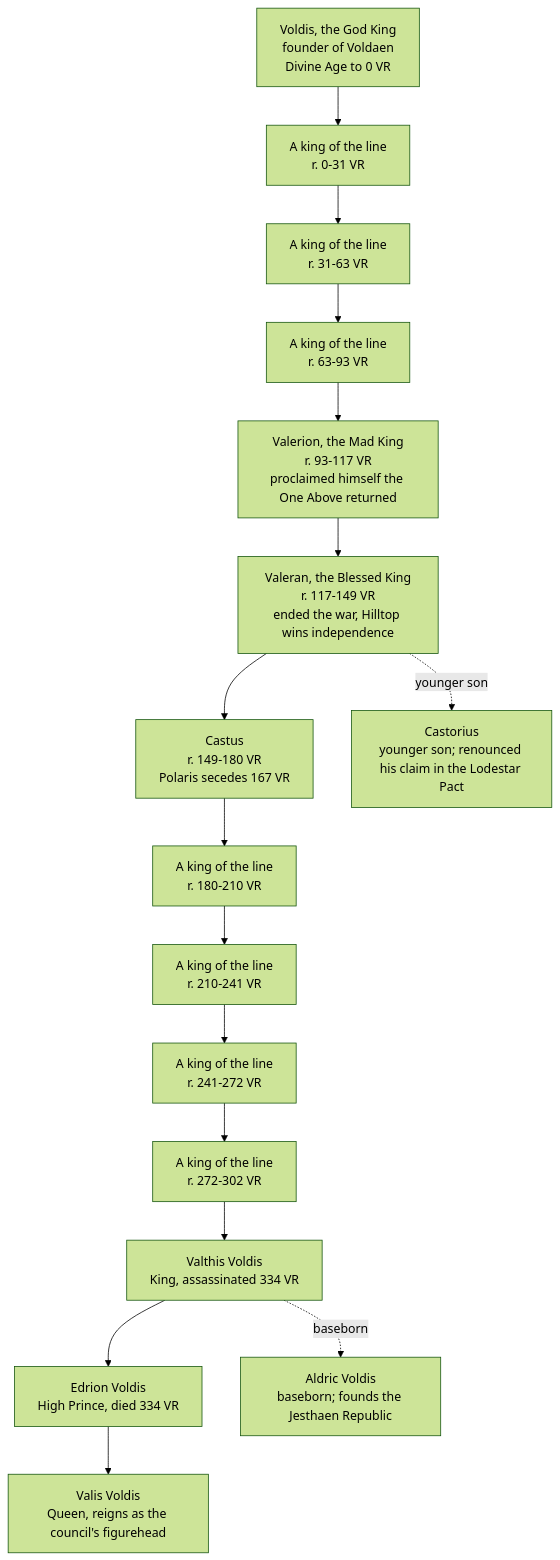
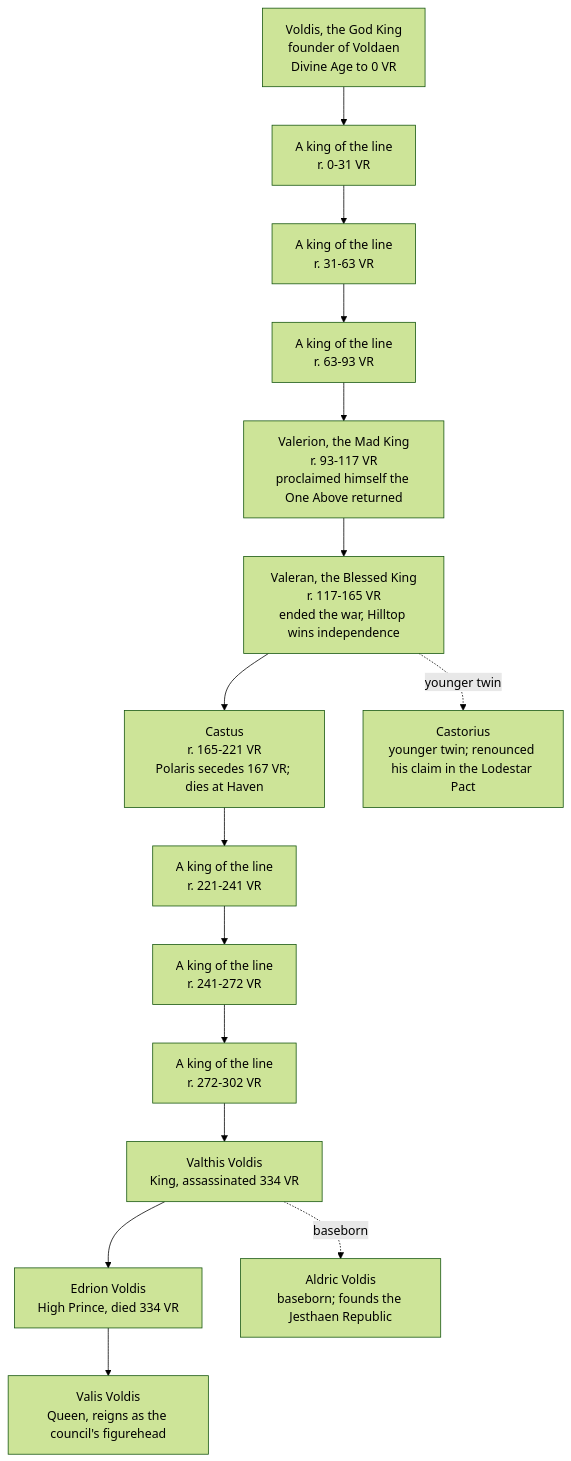
One commit to EgoAltOrg/althas-wiki changed the diagram in content/organizations/house-voldis.md. Above: the diagram before and after it, drawn with Mermaid (forest theme). The commit also changed other lines of this file and 84 other files, not shown here.

````diff
--- a/content/organizations/house-voldis.md
+++ b/content/organizations/house-voldis.md
@@ -24,32 +24,31 @@
 ```mermaid
 graph TD
     GK["Voldis, the God King<br/>founder of Voldaen<br/>Divine Age to 0 VR"]
     K0["A king of the line<br/>r. 0-31 VR"]
     K1["A king of the line<br/>r. 31-63 VR"]
     K2["A king of the line<br/>r. 63-93 VR"]
     MAD["Valerion, the Mad King<br/>r. 93-117 VR<br/>proclaimed himself the One Above returned"]
-    BLESSED["Valeran, the Blessed King<br/>r. 117-149 VR<br/>ended the war, Hilltop wins independence"]
-    CASTUS["Castus<br/>r. 149-180 VR<br/>Polaris secedes 167 VR"]
-    BRO["Castorius<br/>younger son; renounced his claim in the Lodestar Pact"]
-    K3["A king of the line<br/>r. 180-210 VR"]
-    K4["A king of the line<br/>r. 210-241 VR"]
-    K5["A king of the line<br/>r. 241-272 VR"]
-    K6["A king of the line<br/>r. 272-302 VR"]
+    BLESSED["Valeran, the Blessed King<br/>r. 117-165 VR<br/>ended the war, Hilltop wins independence"]
+    CASTUS["Castus<br/>r. 165-221 VR<br/>Polaris secedes 167 VR; dies at Haven"]
+    BRO["Castorius<br/>younger twin; renounced his claim in the Lodestar Pact"]
+    K3["A king of the line<br/>r. 221-241 VR"]
+    K4["A king of the line<br/>r. 241-272 VR"]
+    K5["A king of the line<br/>r. 272-302 VR"]
     VALTHIS["Valthis Voldis<br/>King, assassinated 334 VR"]
     EDRION["Edrion Voldis<br/>High Prince, died 334 VR"]
     ALDRIC["Aldric Voldis<br/>baseborn; founds the Jesthaen Republic"]
     VALIS["Valis Voldis<br/>Queen, reigns as the council's figurehead"]
-    GK --> K0 --> K1 --> K2 --> MAD --> BLESSED --> CASTUS --> K3 --> K4 --> K5 --> K6 --> VALTHIS
-    BLESSED -.->|younger son| BRO
+    GK --> K0 --> K1 --> K2 --> MAD --> BLESSED --> CASTUS --> K3 --> K4 --> K5 --> VALTHIS
+    BLESSED -.->|younger twin| BRO
     VALTHIS --> EDRION
     VALTHIS -.->|baseborn| ALDRIC
     EDRION --> VALIS
     click GK "../npcs/god-king-voldis" "Voldis, the God King"
     click MAD "../npcs/valerion-voldis" "Valerion, the Mad King"
     click BLESSED "../npcs/valeran-voldis" "Valeran, the Blessed King"
     click CASTUS "../npcs/castus-voldis" "Castus Voldis"
     click VALTHIS "../npcs/valthis-voldis" "Valthis Voldis"
     click EDRION "../npcs/edrion-voldis" "Edrion Voldis"
     click ALDRIC "../npcs/aldric-voldis" "Aldric Voldis"
     click VALIS "../npcs/valis-voldis" "Valis Voldis"
 ```
````
